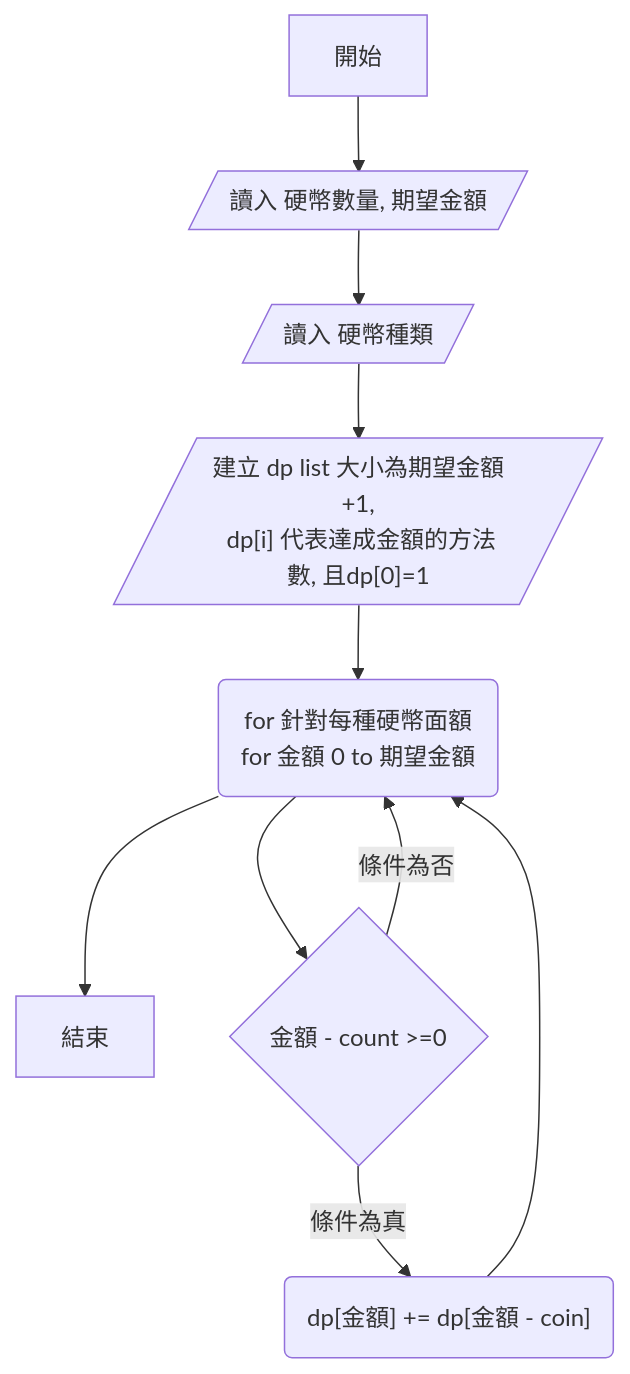
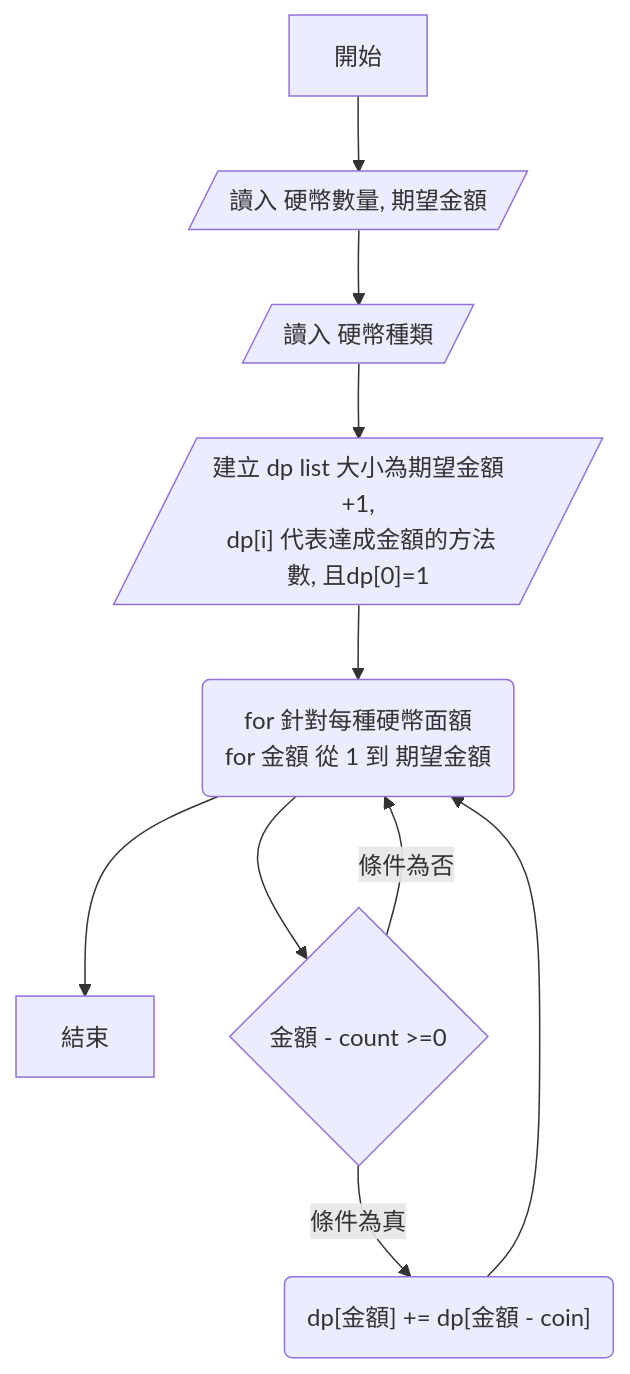
Before and after one commit to tpcucclin/1118: the diagram in README.md, drawn with Mermaid. The commit also changed other lines of this file, not shown here.

````diff
--- a/README.md
+++ b/README.md
@@ -5,12 +5,12 @@
 ```mermaid
 flowchart TD;
  A[開始] -->B[/讀入 硬幣數量, 期望金額 /]
  B --> C[/讀入 硬幣種類/]
  C --> D[/"建立 dp list 大小為期望金額+1,<br> dp[i] 代表達成金額的方法數, 且dp[0]=1"/]
- D --> E("for 針對每種硬幣面額 <br> for 金額 0 to 期望金額")
+ D --> E("for 針對每種硬幣面額 <br> for 金額 從 1 到 期望金額")
  E --> 結束
  F --> |條件為真| H("dp[金額] +=  dp[金額 - coin]")
  E --> F{金額 - count >=0}
  F -->  |條件為否| E
  H --> E
 ```
````
